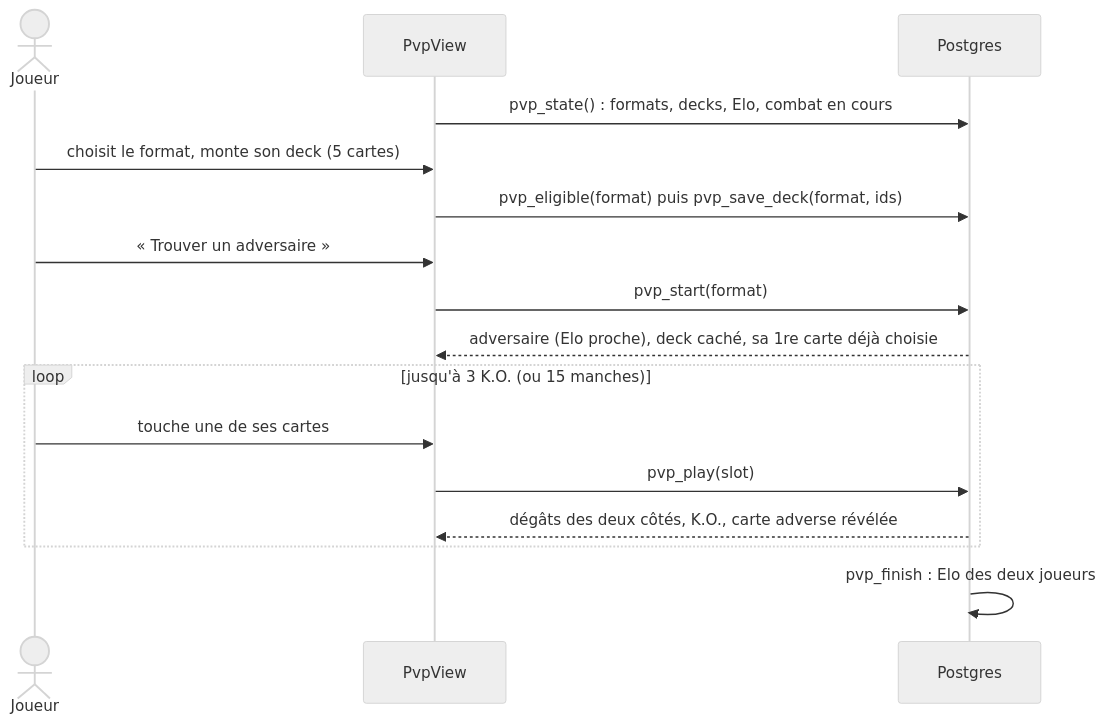
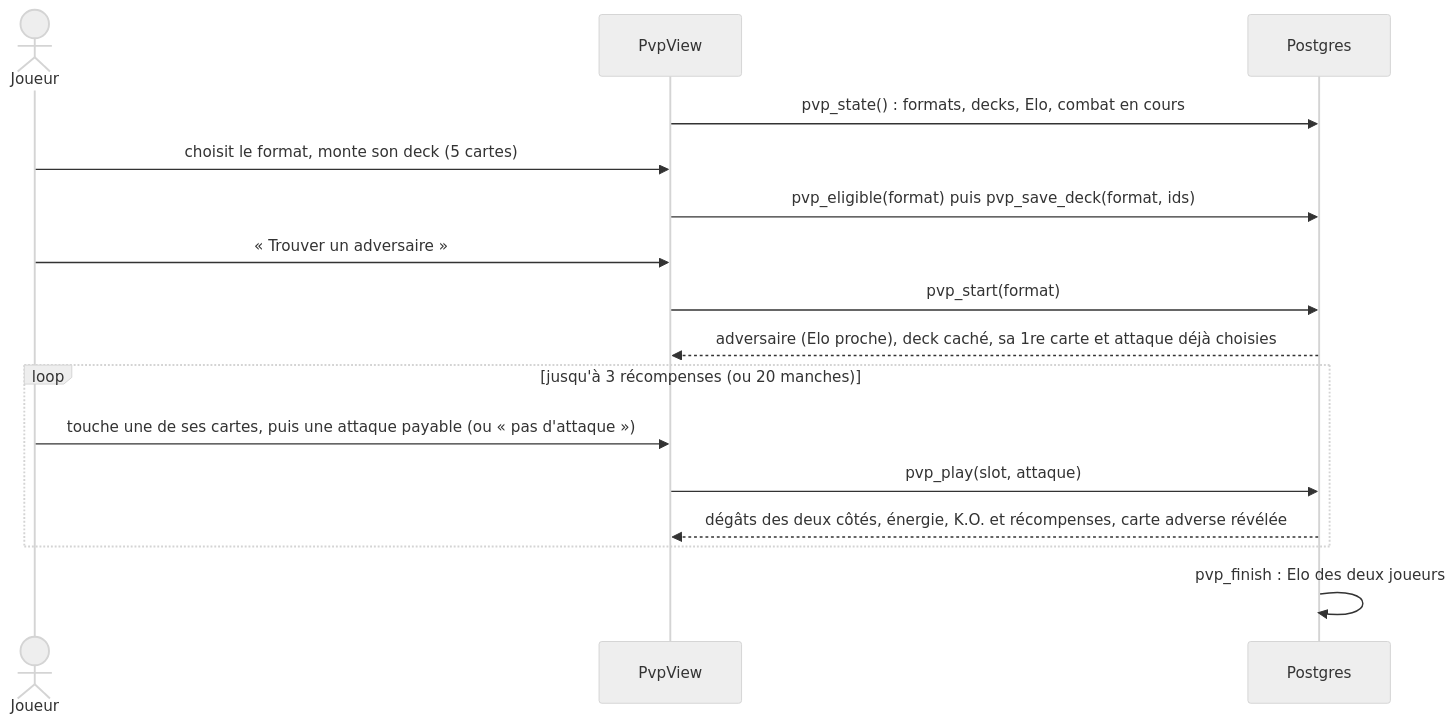
Before and after one commit to LBasil/pokemon-booster-game: the tenth of 11 diagrams in docs/technique/05-parcours.md, drawn with Mermaid (neutral theme). The commit also changed other lines of this file and 21 other files, not shown here.

````diff
--- a/docs/technique/05-parcours.md
+++ b/docs/technique/05-parcours.md
@@ -861,19 +864,19 @@
 ```mermaid
 sequenceDiagram
   actor J as Joueur
   participant PV as PvpView
   participant DB as Postgres
 
   PV->>DB: pvp_state() : formats, decks, Elo, combat en cours
   J->>PV: choisit le format, monte son deck (5 cartes)
   PV->>DB: pvp_eligible(format) puis pvp_save_deck(format, ids)
   J->>PV: « Trouver un adversaire »
   PV->>DB: pvp_start(format)
-  DB-->>PV: adversaire (Elo proche), deck caché, sa 1re carte déjà choisie
-  loop jusqu'à 3 K.O. (ou 15 manches)
-    J->>PV: touche une de ses cartes
-    PV->>DB: pvp_play(slot)
-    DB-->>PV: dégâts des deux côtés, K.O., carte adverse révélée
+  DB-->>PV: adversaire (Elo proche), deck caché, sa 1re carte et attaque déjà choisies
+  loop jusqu'à 3 récompenses (ou 20 manches)
+    J->>PV: touche une de ses cartes, puis une attaque payable (ou « pas d'attaque »)
+    PV->>DB: pvp_play(slot, attaque)
+    DB-->>PV: dégâts des deux côtés, énergie, K.O. et récompenses, carte adverse révélée
   end
   DB->>DB: pvp_finish : Elo des deux joueurs
 ```
````
